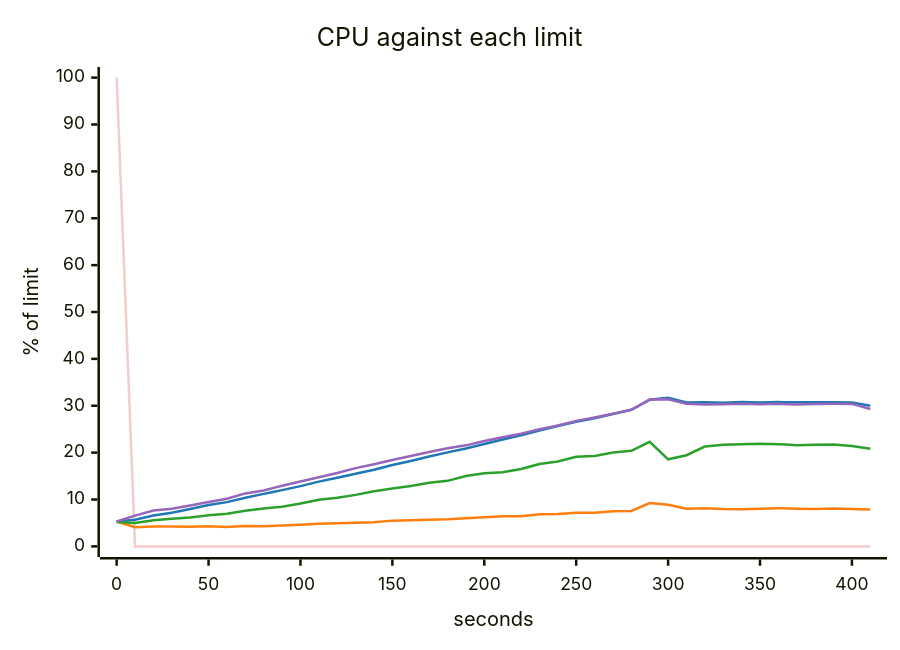
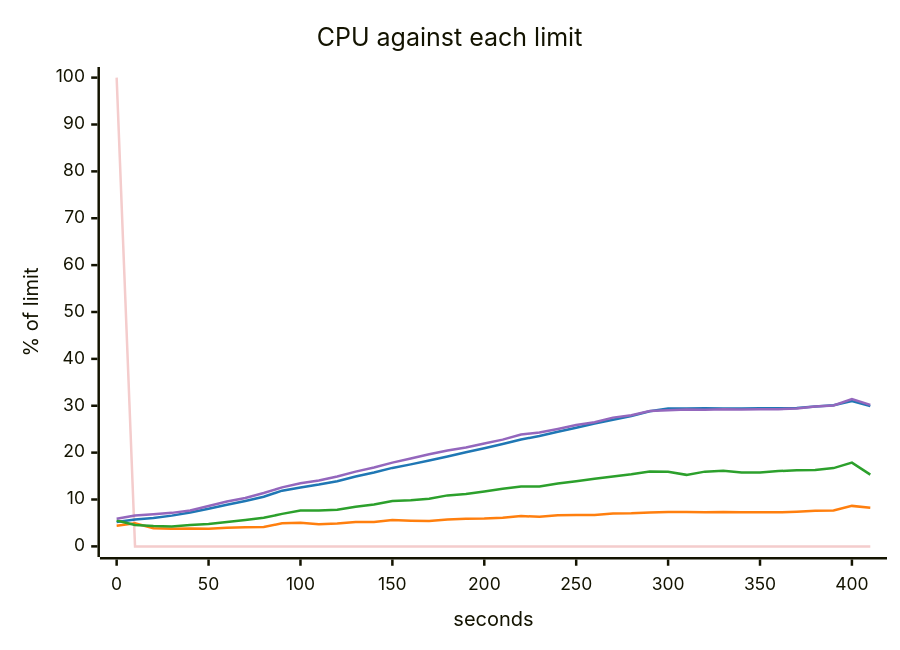
One commit to akinfemi/load-lore changed the fifth of 5 diagrams in scenarios/connection-pool-trap/solutions/release-between-queries/report.md. Above: the diagram before and after it, drawn with Mermaid. The commit also changed other lines of this file and 71 other files, not shown here.

````diff
--- a/scenarios/connection-pool-trap/solutions/release-between-queries/report.md
+++ b/scenarios/connection-pool-trap/solutions/release-between-queries/report.md
@@ -95,18 +95,18 @@
 ```mermaid
 ---
 config:
   themeVariables:
     xyChart:
       backgroundColor: "transparent"
       plotColorPalette: "#f4cccc, #1f77b4, #ff7f0e, #2ca02c, #9467bd"
 ---
 xychart-beta
     title "CPU against each limit"
     x-axis "seconds" 0 --> 410
     y-axis "% of limit" 0 --> 100
     line [100, 0, 0, 0, 0, 0, 0, 0, 0, 0, 0, 0, 0, 0, 0, 0, 0, 0, 0, 0, 0, 0, 0, 0, 0, 0, 0, 0, 0, 0, 0, 0, 0, 0, 0, 0, 0, 0, 0, 0, 0, 0]
-    line [5.289, 5.698, 6.585, 7.183, 7.975, 8.837, 9.443, 10.385, 11.2, 12.005, 12.855, 13.819, 14.644, 15.496, 16.33, 17.362, 18.216, 19.164, 20.054, 20.879, 21.829, 22.806, 23.708, 24.704, 25.673, 26.57, 27.317, 28.254, 29.139, 31.299, 31.721, 30.711, 30.748, 30.648, 30.776, 30.689, 30.775, 30.732, 30.721, 30.768, 30.704, 30.006]
-    line [5.308, 4.071, 4.223, 4.246, 4.165, 4.298, 4.112, 4.371, 4.305, 4.463, 4.602, 4.813, 4.945, 5.056, 5.123, 5.493, 5.548, 5.674, 5.79, 6.014, 6.234, 6.436, 6.441, 6.842, 6.918, 7.184, 7.186, 7.509, 7.572, 9.239, 8.868, 8.01, 8.137, 7.984, 7.919, 8.039, 8.14, 8.051, 7.952, 8.069, 7.975, 7.883]
-    line [5.191, 4.98, 5.589, 5.906, 6.183, 6.624, 6.981, 7.623, 8.094, 8.445, 9.134, 9.94, 10.381, 10.989, 11.763, 12.336, 12.88, 13.591, 13.975, 15.02, 15.606, 15.817, 16.506, 17.555, 18.104, 19.102, 19.296, 20.033, 20.398, 22.319, 18.574, 19.442, 21.295, 21.658, 21.807, 21.893, 21.808, 21.594, 21.696, 21.759, 21.423, 20.83]
-    line [5.304, 6.557, 7.634, 8.021, 8.734, 9.484, 10.168, 11.301, 11.933, 12.934, 13.841, 14.734, 15.668, 16.694, 17.537, 18.446, 19.297, 20.144, 20.952, 21.552, 22.474, 23.272, 24.046, 24.975, 25.792, 26.736, 27.479, 28.297, 29.152, 31.318, 31.369, 30.402, 30.264, 30.319, 30.415, 30.336, 30.419, 30.271, 30.371, 30.425, 30.396, 29.295]
+    line [5.213, 5.736, 6.061, 6.559, 7.211, 8.017, 8.875, 9.669, 10.595, 11.888, 12.581, 13.195, 13.912, 14.906, 15.767, 16.74, 17.495, 18.34, 19.18, 20.074, 20.913, 21.822, 22.79, 23.551, 24.453, 25.288, 26.198, 27.031, 27.814, 28.818, 29.411, 29.414, 29.473, 29.406, 29.421, 29.445, 29.484, 29.514, 29.826, 30.13, 31.005, 29.913]
+    line [4.392, 4.914, 3.857, 3.754, 3.813, 3.758, 3.967, 4.075, 4.149, 4.908, 5.05, 4.745, 4.886, 5.21, 5.204, 5.603, 5.479, 5.418, 5.725, 5.876, 5.933, 6.11, 6.455, 6.33, 6.626, 6.705, 6.684, 6.988, 7.054, 7.244, 7.331, 7.328, 7.277, 7.349, 7.259, 7.304, 7.26, 7.401, 7.575, 7.651, 8.638, 8.262]
+    line [5.529, 4.577, 4.328, 4.23, 4.571, 4.771, 5.219, 5.632, 6.094, 6.931, 7.631, 7.675, 7.814, 8.45, 8.922, 9.675, 9.853, 10.176, 10.879, 11.159, 11.713, 12.271, 12.795, 12.763, 13.395, 13.873, 14.419, 14.904, 15.371, 15.974, 15.918, 15.257, 15.943, 16.117, 15.741, 15.744, 16.056, 16.229, 16.281, 16.703, 17.869, 15.305]
+    line [5.872, 6.59, 6.859, 7.148, 7.673, 8.619, 9.563, 10.317, 11.383, 12.593, 13.472, 14.041, 14.895, 15.946, 16.813, 17.869, 18.75, 19.662, 20.432, 21.111, 21.941, 22.778, 23.849, 24.314, 25.059, 25.882, 26.495, 27.466, 27.97, 28.892, 29.054, 29.21, 29.162, 29.233, 29.197, 29.229, 29.257, 29.404, 29.844, 30.061, 31.426, 30.183]
 ```
````
